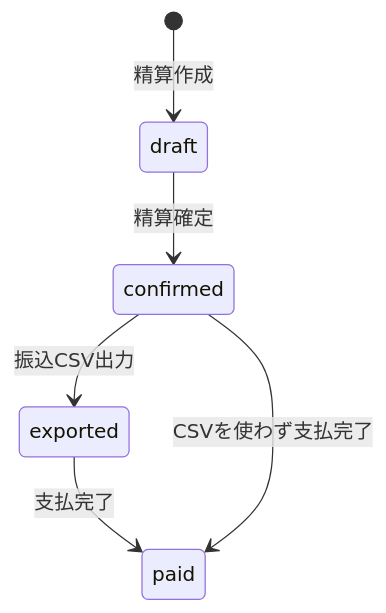
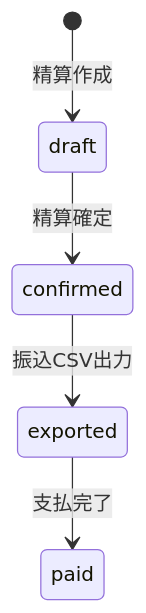
Before and after one commit to officeutq/butterfly-room: the sixth of 7 diagrams in docs/04_state_transitions.md, drawn with Mermaid. The commit also changed other lines of this file and 5 other files, not shown here.

````diff
--- a/docs/04_state_transitions.md
+++ b/docs/04_state_transitions.md
@@ -170,8 +173,7 @@
 ```mermaid
 stateDiagram-v2
   [*] --> draft: 精算作成
   draft --> confirmed: 精算確定
   confirmed --> exported: 振込CSV出力
   exported --> paid: 支払完了
-  confirmed --> paid: CSVを使わず支払完了
 ```
````
